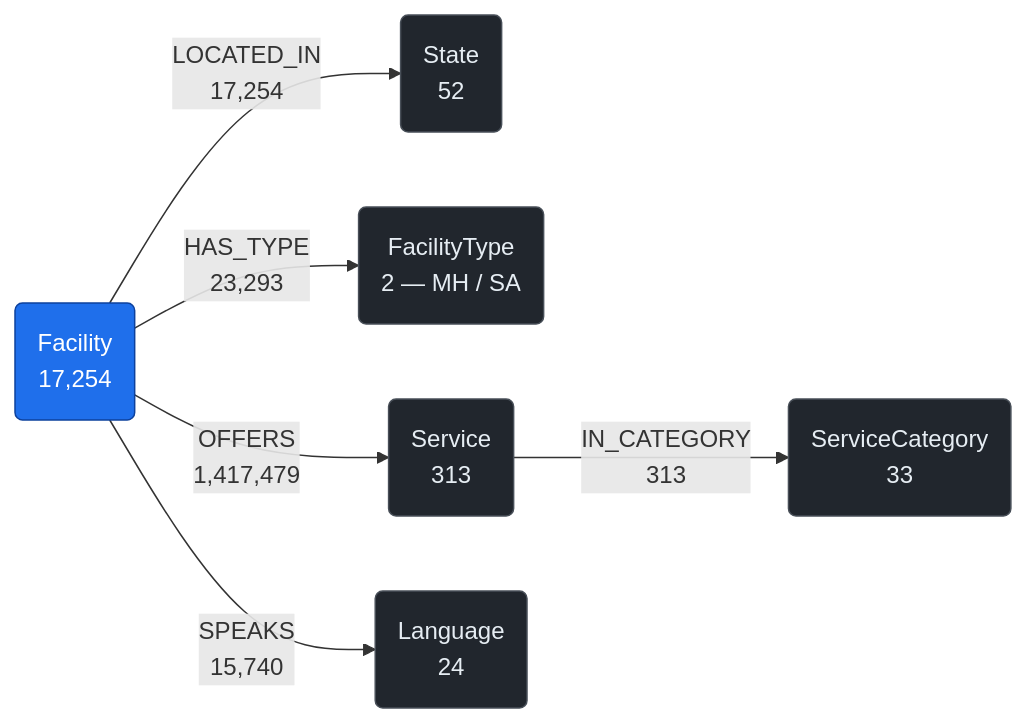
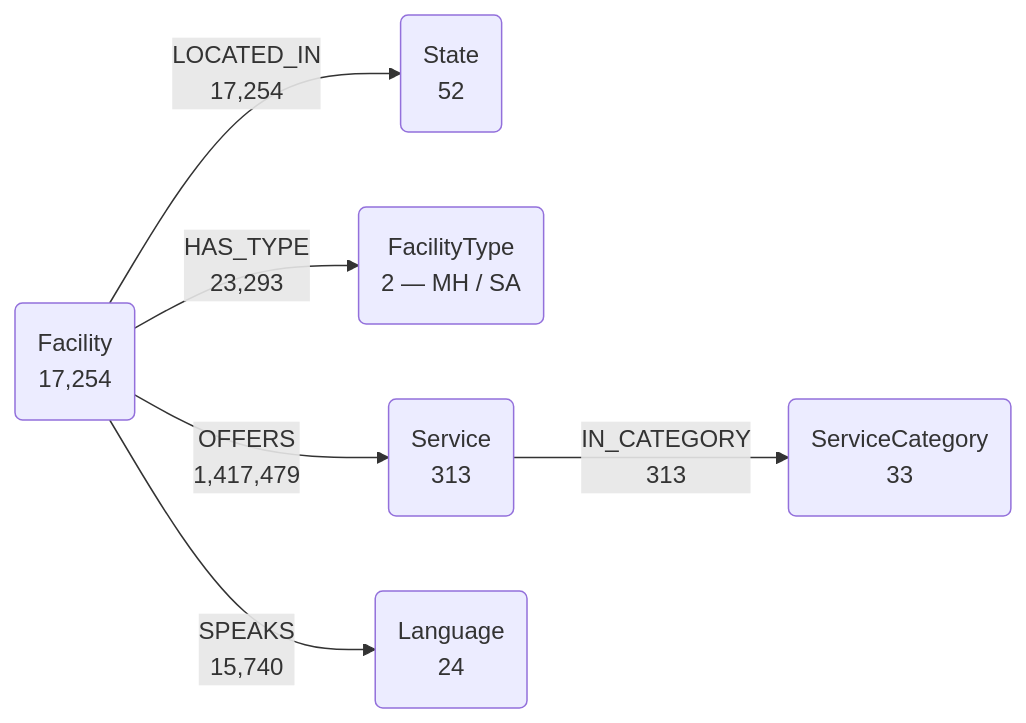
Before and after one commit to samyama-ai/mental-health-kg: the diagram in README.md, drawn with Mermaid. The commit also changed 1 other file, not shown here.

Commit message:
docs: drop hardcoded mermaid colors so diagrams follow the viewer theme
The classDef fills were dark-theme hex values, which rendered as dark
boxes on Gitea's light theme. Without them mermaid uses its own theme,
which adapts.

````diff
--- a/README.md
+++ b/README.md
@@ -43,20 +43,15 @@
 ```mermaid
 graph LR
     F("Facility<br/>17,254")
     S("State<br/>52")
     FT("FacilityType<br/>2 — MH / SA")
     SV("Service<br/>313")
     SC("ServiceCategory<br/>33")
     L("Language<br/>24")
 
     F -- "LOCATED_IN<br/>17,254" --> S
     F -- "HAS_TYPE<br/>23,293" --> FT
     F -- "OFFERS<br/>1,417,479" --> SV
     F -- "SPEAKS<br/>15,740" --> L
     SV -- "IN_CATEGORY<br/>313" --> SC
-
-    classDef hub fill:#1f6feb,stroke:#0d419d,color:#fff
-    classDef dim fill:#21262d,stroke:#484f58,color:#e6edf3
-    class F hub
-    class S,FT,SV,SC,L dim
 ```
````
